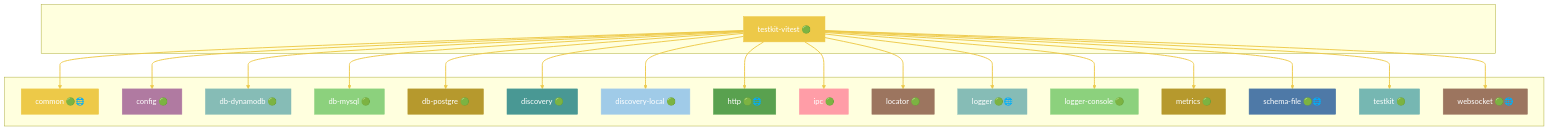
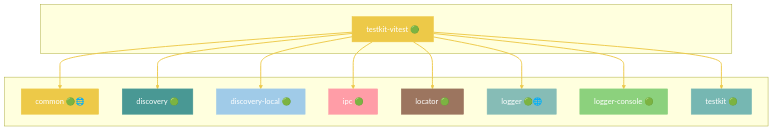
One commit to grest-ts/grest-ts changed diagram 43 of 46 in docs/DEPENDENCIES.md. Above: the diagram before and after it, drawn with Mermaid. The commit also changed other lines of this file and 2 other files, not shown here.

````diff
--- a/docs/DEPENDENCIES.md
+++ b/docs/DEPENDENCIES.md
@@ -2079,73 +2029,41 @@
 ```mermaid
 flowchart TB
     subgraph Package[" "]
         testkit-vitest["testkit-vitest 🟢"]
     end
     subgraph Dependencies[" "]
         common["common 🟢🌐"]
-        config["config 🟢"]
-        db-dynamodb["db-dynamodb 🟢"]
-        db-mysql["db-mysql 🟢"]
-        db-postgre["db-postgre 🟢"]
         discovery["discovery 🟢"]
         discovery-local["discovery-local 🟢"]
-        http["http 🟢🌐"]
         ipc["ipc 🟢"]
         locator["locator 🟢"]
         logger["logger 🟢🌐"]
         logger-console["logger-console 🟢"]
-        metrics["metrics 🟢"]
-        schema-file["schema-file 🟢🌐"]
         testkit["testkit 🟢"]
-        websocket["websocket 🟢🌐"]
     end
     testkit-vitest --> common
-    testkit-vitest --> config
-    testkit-vitest --> db-dynamodb
-    testkit-vitest --> db-mysql
-    testkit-vitest --> db-postgre
     testkit-vitest --> discovery
     testkit-vitest --> discovery-local
-    testkit-vitest --> http
     testkit-vitest --> ipc
     testkit-vitest --> locator
     testkit-vitest --> logger
     testkit-vitest --> logger-console
-    testkit-vitest --> metrics
-    testkit-vitest --> schema-file
     testkit-vitest --> testkit
-    testkit-vitest --> websocket
     style testkit-vitest fill:#EDC948,stroke:#EDC948,color:#fff
     style common fill:#EDC948,stroke:#EDC948,color:#fff
-    style config fill:#B07AA1,stroke:#B07AA1,color:#fff
-    style db-dynamodb fill:#86BCB6,stroke:#86BCB6,color:#fff
-    style db-mysql fill:#8CD17D,stroke:#8CD17D,color:#fff
-    style db-postgre fill:#B6992D,stroke:#B6992D,color:#fff
     style discovery fill:#499894,stroke:#499894,color:#fff
     style discovery-local fill:#A0CBE8,stroke:#A0CBE8,color:#fff
-    style http fill:#59A14F,stroke:#59A14F,color:#fff
     style ipc fill:#FF9DA7,stroke:#FF9DA7,color:#fff
     style locator fill:#9C755F,stroke:#9C755F,color:#fff
     style logger fill:#86BCB6,stroke:#86BCB6,color:#fff
     style logger-console fill:#8CD17D,stroke:#8CD17D,color:#fff
-    style metrics fill:#B6992D,stroke:#B6992D,color:#fff
-    style schema-file fill:#4E79A7,stroke:#4E79A7,color:#fff
     style testkit fill:#76B7B2,stroke:#76B7B2,color:#fff
-    style websocket fill:#9C755F,stroke:#9C755F,color:#fff
     linkStyle 0 stroke:#EDC948,stroke-width:2px
     linkStyle 1 stroke:#EDC948,stroke-width:2px
     linkStyle 2 stroke:#EDC948,stroke-width:2px
     linkStyle 3 stroke:#EDC948,stroke-width:2px
     linkStyle 4 stroke:#EDC948,stroke-width:2px
     linkStyle 5 stroke:#EDC948,stroke-width:2px
     linkStyle 6 stroke:#EDC948,stroke-width:2px
     linkStyle 7 stroke:#EDC948,stroke-width:2px
-    linkStyle 8 stroke:#EDC948,stroke-width:2px
-    linkStyle 9 stroke:#EDC948,stroke-width:2px
-    linkStyle 10 stroke:#EDC948,stroke-width:2px
-    linkStyle 11 stroke:#EDC948,stroke-width:2px
-    linkStyle 12 stroke:#EDC948,stroke-width:2px
-    linkStyle 13 stroke:#EDC948,stroke-width:2px
-    linkStyle 14 stroke:#EDC948,stroke-width:2px
-    linkStyle 15 stroke:#EDC948,stroke-width:2px
 ```
````
